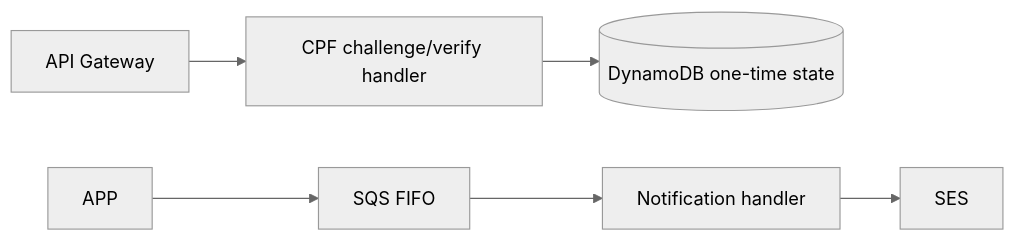
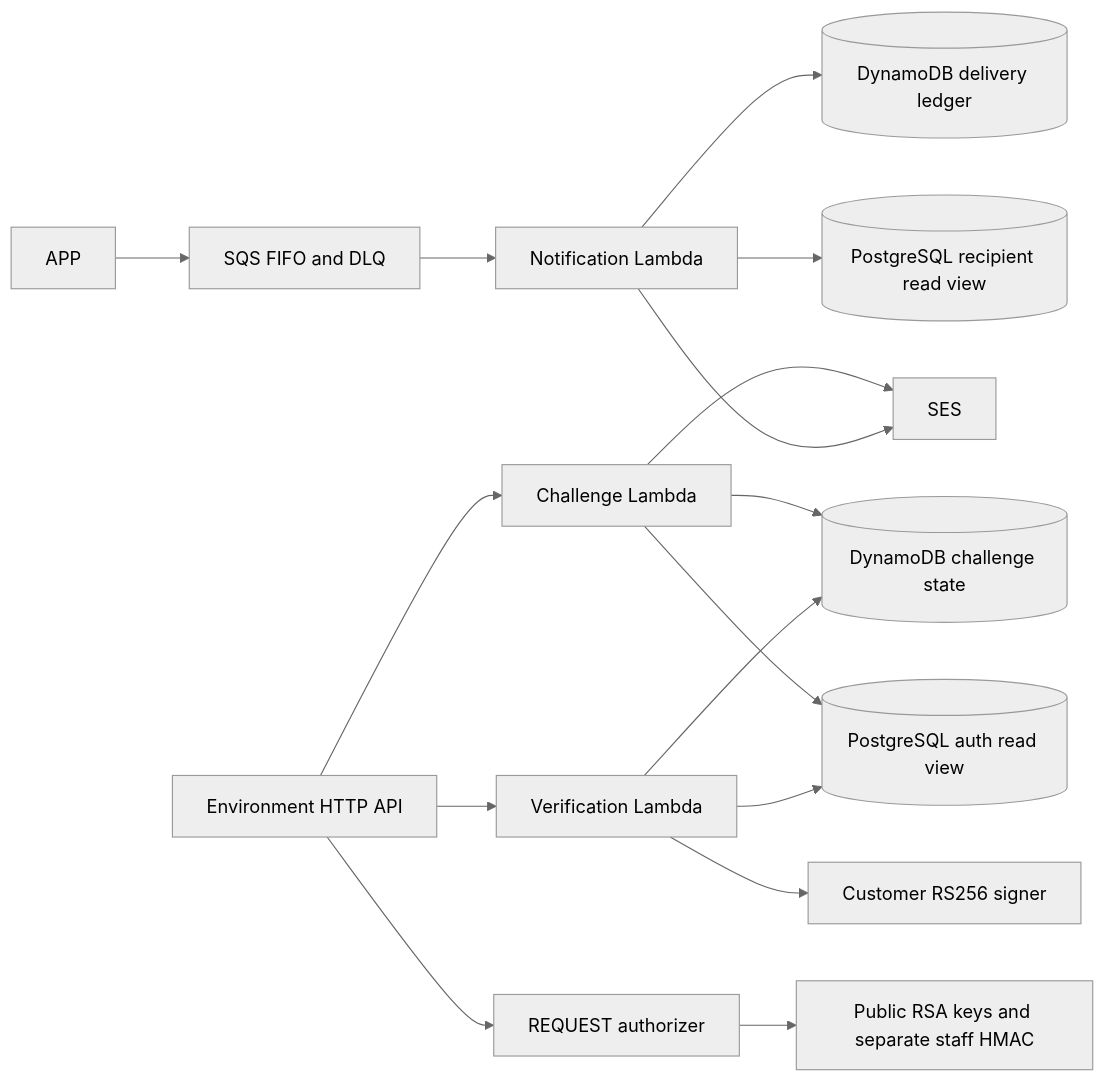
Before and after one commit to rafaelxvr/Tech-challenge-15SOAT-functions: the first of 2 diagrams in docs/architecture.md, drawn with Mermaid (neutral theme). The commit also changed other lines of this file and 2 other files, not shown here.

Commit message:
docs: align architecture evidence and staged acceptance gaps

````diff
--- a/docs/architecture.md
+++ b/docs/architecture.md
@@ -3,7 +3,18 @@
 ```mermaid
 flowchart LR
-    Gateway[API Gateway] --> CPF[CPF challenge/verify handler]
-    CPF --> Dynamo[(DynamoDB one-time state)]
-    APP --> Queue[SQS FIFO]
-    Queue --> Notify[Notification handler] --> SES
+  API[Environment HTTP API] --> Challenge[Challenge Lambda]
+  API --> Verify[Verification Lambda]
+  API --> Authz[REQUEST authorizer]
+  Challenge --> DDB[(DynamoDB challenge state)]
+  Verify --> DDB
+  Challenge --> View[(PostgreSQL auth read view)]
+  Verify --> View
+  Verify --> Sign[Customer RS256 signer]
+  Authz --> Trust[Public RSA keys and separate staff HMAC]
+  APP --> Queue[SQS FIFO and DLQ]
+  Queue --> Notify[Notification Lambda]
+  Notify --> Ledger[(DynamoDB delivery ledger)]
+  Notify --> Recipient[(PostgreSQL recipient read view)]
+  Challenge --> SES
+  Notify --> SES
 ```
````
